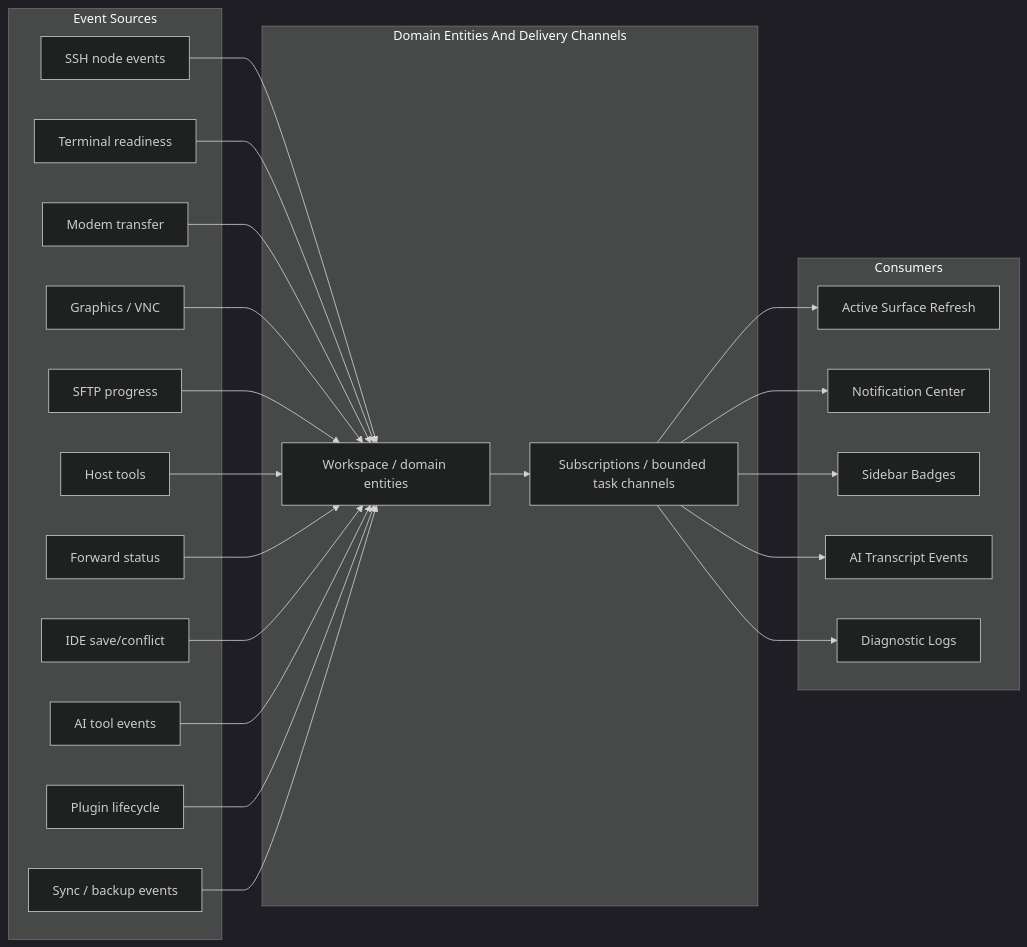
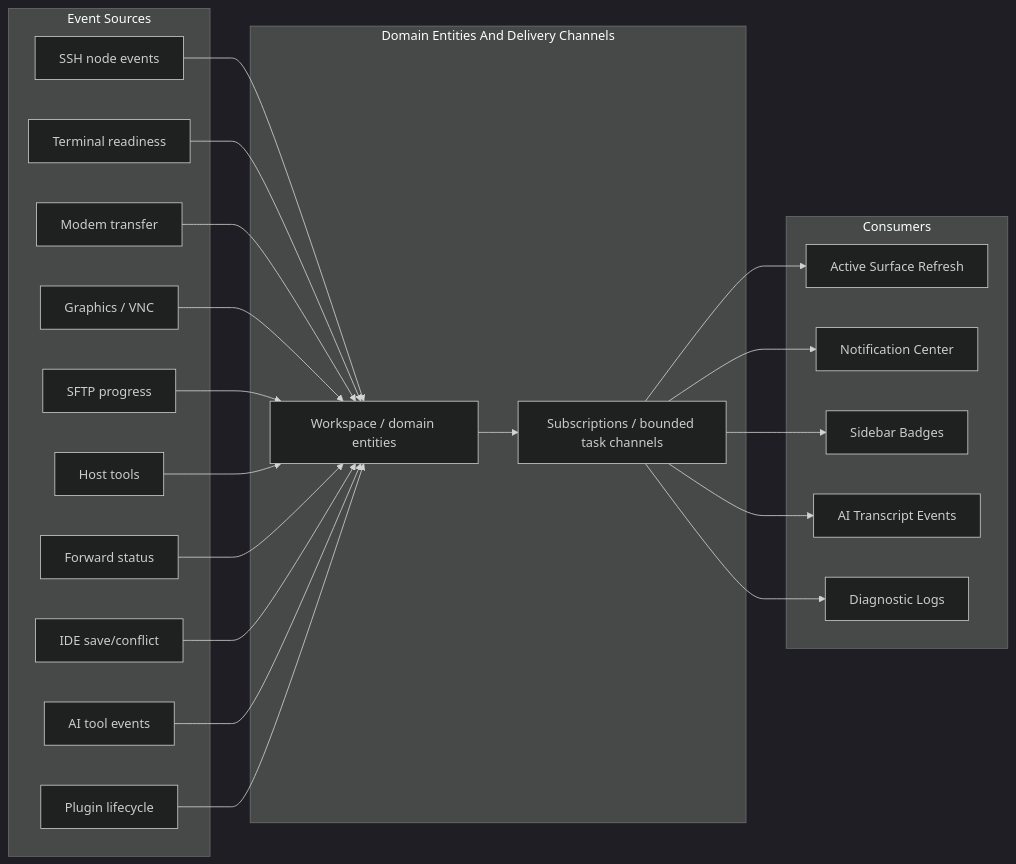
One commit to imeilige/oxideterm changed diagram 14 of 14 in docs/user-guide/en/architecture.md. Above: the diagram before and after it, drawn with Mermaid (dark theme). The commit also changed other lines of this file and 171 other files, not shown here.

````diff
--- a/docs/user-guide/en/architecture.md
+++ b/docs/user-guide/en/architecture.md
@@ -1703,47 +1606,45 @@
 ```mermaid
 flowchart LR
     subgraph Sources["Event Sources"]
         SSH["SSH node events"]
         Term["Terminal readiness"]
         Modem["Modem transfer"]
         Graphics["Graphics / VNC"]
         SFTP["SFTP progress"]
         HostTools["Host tools"]
         Forward["Forward status"]
         IDE["IDE save/conflict"]
         AI["AI tool events"]
         Plugin["Plugin lifecycle"]
-        Sync["Sync / backup events"]
     end
 
     subgraph EntityLayer["Domain Entities And Delivery Channels"]
         RuntimeEntities["Workspace / domain entities"]
         Delivery["Subscriptions / bounded task channels"]
     end
 
     subgraph Consumers["Consumers"]
         ActiveSurface["Active Surface Refresh"]
         Notifications["Notification Center"]
         Badges["Sidebar Badges"]
         Transcript["AI Transcript Events"]
         Logs["Diagnostic Logs"]
     end
 
     SSH --> RuntimeEntities
     Term --> RuntimeEntities
     Modem --> RuntimeEntities
     Graphics --> RuntimeEntities
     SFTP --> RuntimeEntities
     HostTools --> RuntimeEntities
     Forward --> RuntimeEntities
     IDE --> RuntimeEntities
     AI --> RuntimeEntities
     Plugin --> RuntimeEntities
-    Sync --> RuntimeEntities
     RuntimeEntities --> Delivery
     Delivery --> ActiveSurface
     Delivery --> Notifications
     Delivery --> Badges
     Delivery --> Transcript
     Delivery --> Logs
 ```
````
